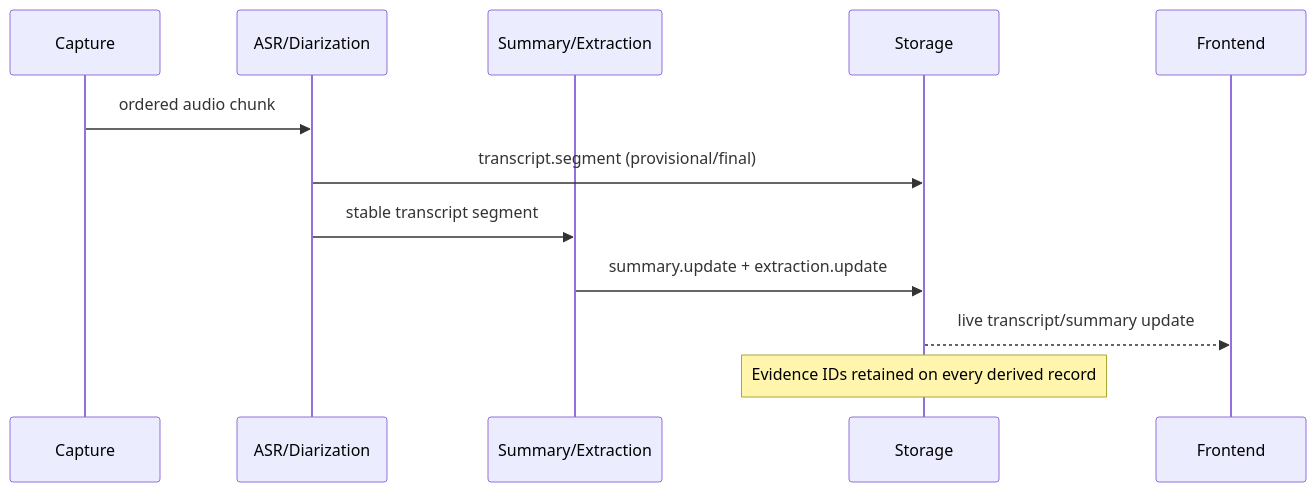
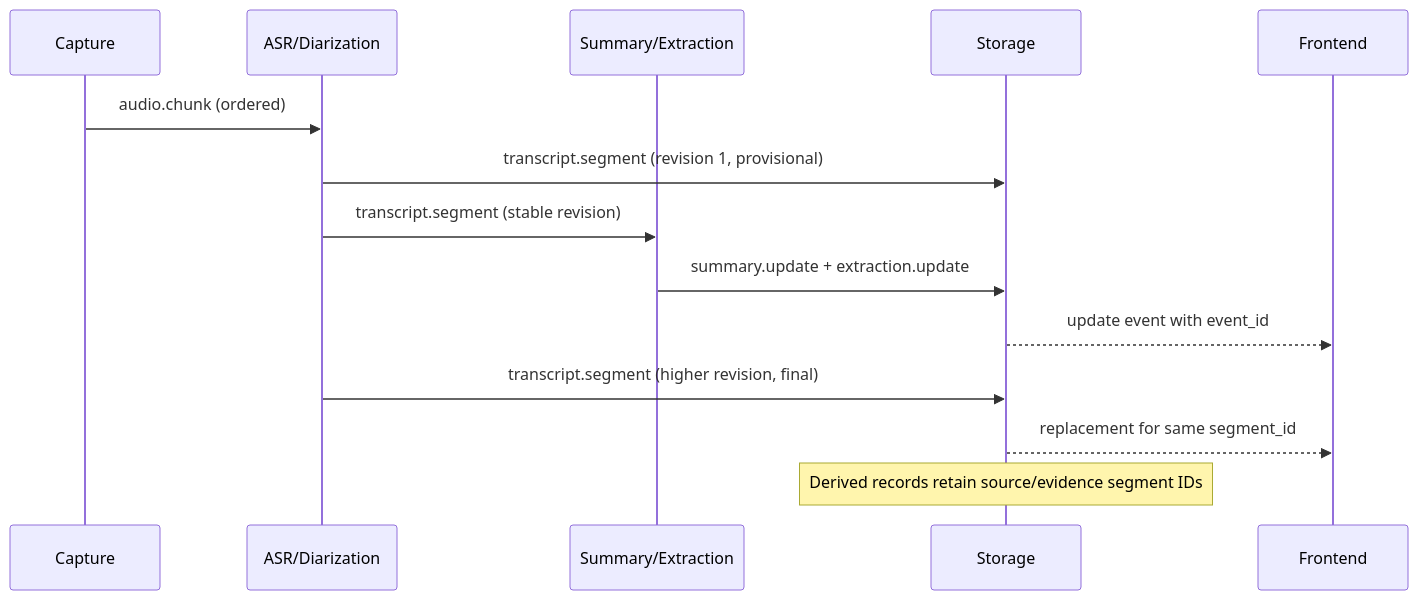
The second of 4 diagrams in weekly/harsh/week_03_architecture-docs-diagrams.md (Harsh-Vardhan-Kharol/ai-video-summary-generator), drawn with Mermaid before and after one commit. The commit also changed other lines of this file and 21 other files, not shown here.

````diff
--- a/weekly/harsh/week_03_architecture-docs-diagrams.md
+++ b/weekly/harsh/week_03_architecture-docs-diagrams.md
@@ -41,15 +76,17 @@
 ```mermaid
 sequenceDiagram
     participant Capture
     participant ASR as ASR/Diarization
     participant NLP as Summary/Extraction
     participant Store as Storage
     participant UI as Frontend
 
-    Capture->>ASR: ordered audio chunk
-    ASR->>Store: transcript.segment (provisional/final)
-    ASR->>NLP: stable transcript segment
+    Capture->>ASR: audio.chunk (ordered)
+    ASR->>Store: transcript.segment (revision 1, provisional)
+    ASR->>NLP: transcript.segment (stable revision)
     NLP->>Store: summary.update + extraction.update
-    Store-->>UI: live transcript/summary update
-    Note over Store: Evidence IDs retained on every derived record
+    Store-->>UI: update event with event_id
+    ASR->>Store: transcript.segment (higher revision, final)
+    Store-->>UI: replacement for same segment_id
+    Note over Store: Derived records retain source/evidence segment IDs
 ```
````
